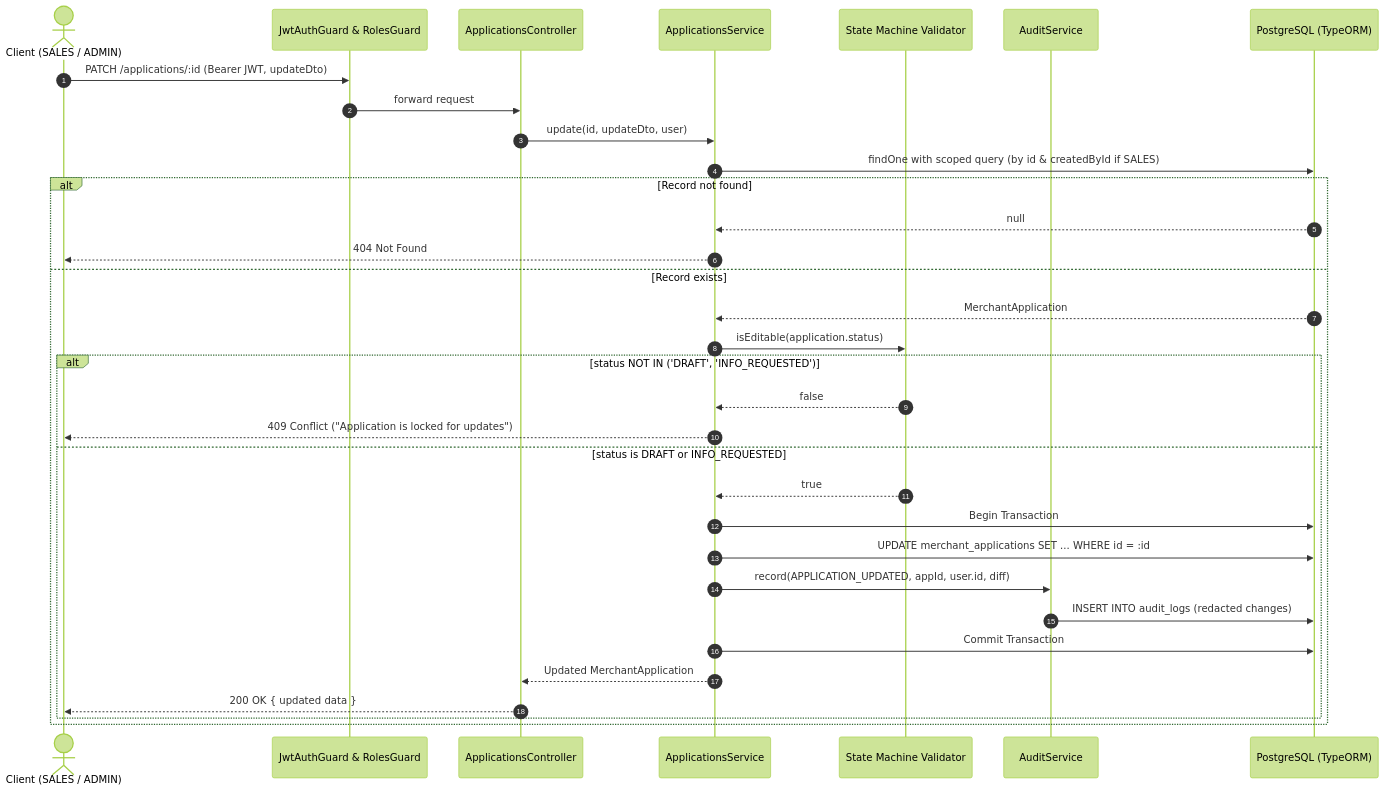
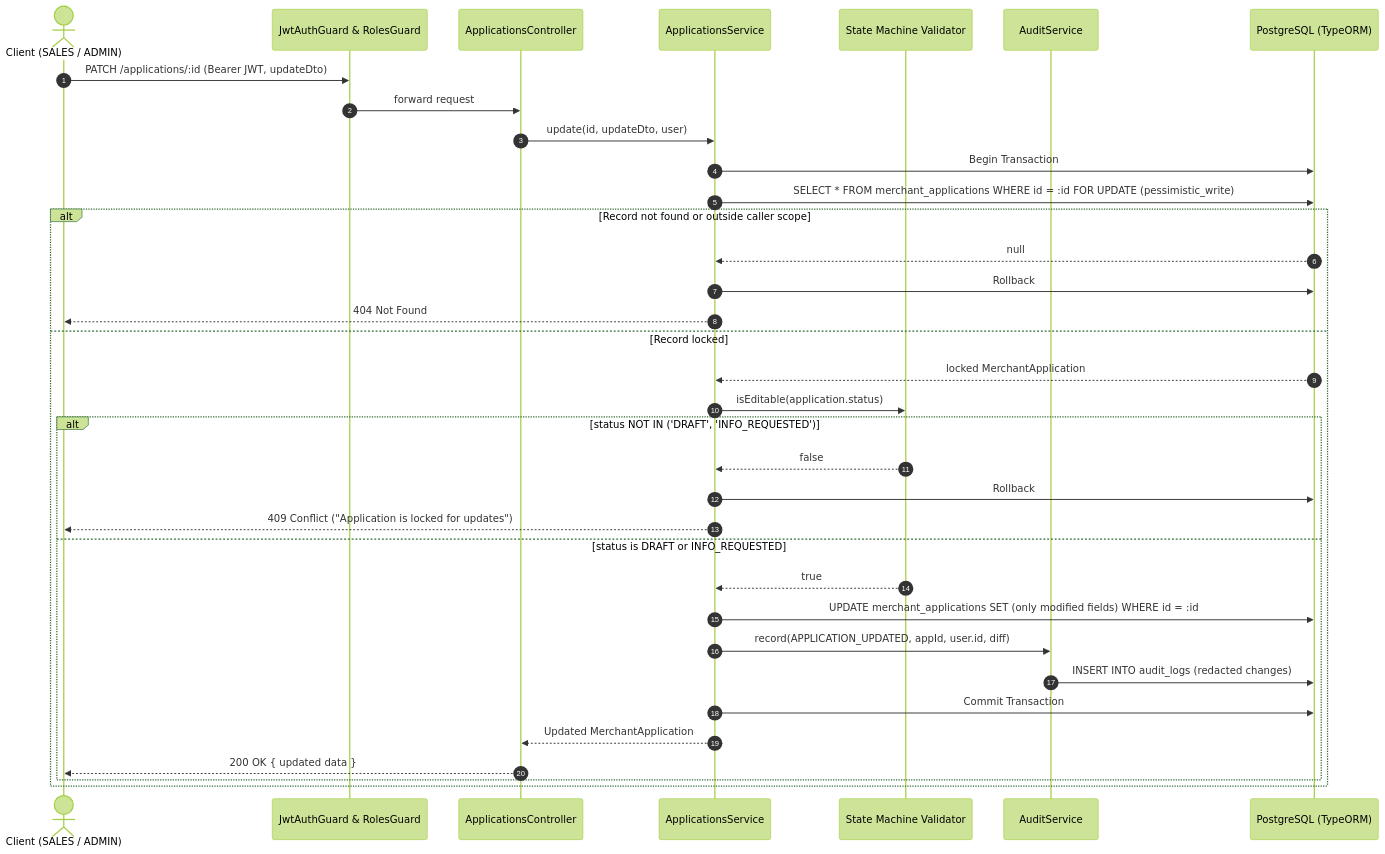
The fourth of 9 diagrams in DESIGN.md (Bijayrauniyar/merchant-onboarding-api), drawn with Mermaid (forest theme) before and after one commit. The commit also changed other lines of this file and 5 other files, not shown here.

Commit message:
fix: add pessimistic write locking and risk enqueue failure handling to applications service

````diff
--- a/DESIGN.md
+++ b/DESIGN.md
@@ -232,37 +232,39 @@
 ```mermaid
 sequenceDiagram
     autonumber
     actor Client as Client (SALES / ADMIN)
     participant Guards as JwtAuthGuard & RolesGuard
     participant AppCtrl as ApplicationsController
     participant AppSvc as ApplicationsService
     participant StateMachine as State Machine Validator
     participant Audit as AuditService
     participant DB as PostgreSQL (TypeORM)
 
     Client->>Guards: PATCH /applications/:id (Bearer JWT, updateDto)
     Guards->>AppCtrl: forward request
     AppCtrl->>AppSvc: update(id, updateDto, user)
-    AppSvc->>DB: findOne with scoped query (by id & createdById if SALES)
+    AppSvc->>DB: Begin Transaction
+    AppSvc->>DB: SELECT * FROM merchant_applications WHERE id = :id FOR UPDATE (pessimistic_write)
     
-    alt Record not found
+    alt Record not found or outside caller scope
         DB-->>AppSvc: null
+        AppSvc->>DB: Rollback
         AppSvc-->>Client: 404 Not Found
-    else Record exists
-        DB-->>AppSvc: MerchantApplication
+    else Record locked
+        DB-->>AppSvc: locked MerchantApplication
         AppSvc->>StateMachine: isEditable(application.status)
         alt status NOT IN ('DRAFT', 'INFO_REQUESTED')
             StateMachine-->>AppSvc: false
+            AppSvc->>DB: Rollback
             AppSvc-->>Client: 409 Conflict ("Application is locked for updates")
         else status is DRAFT or INFO_REQUESTED
             StateMachine-->>AppSvc: true
-            AppSvc->>DB: Begin Transaction
-            AppSvc->>DB: UPDATE merchant_applications SET ... WHERE id = :id
+            AppSvc->>DB: UPDATE merchant_applications SET (only modified fields) WHERE id = :id
             AppSvc->>Audit: record(APPLICATION_UPDATED, appId, user.id, diff)
             Audit->>DB: INSERT INTO audit_logs (redacted changes)
             AppSvc->>DB: Commit Transaction
             AppSvc-->>AppCtrl: Updated MerchantApplication
             AppCtrl-->>Client: 200 OK { updated data }
         end
     end
 ```
````
